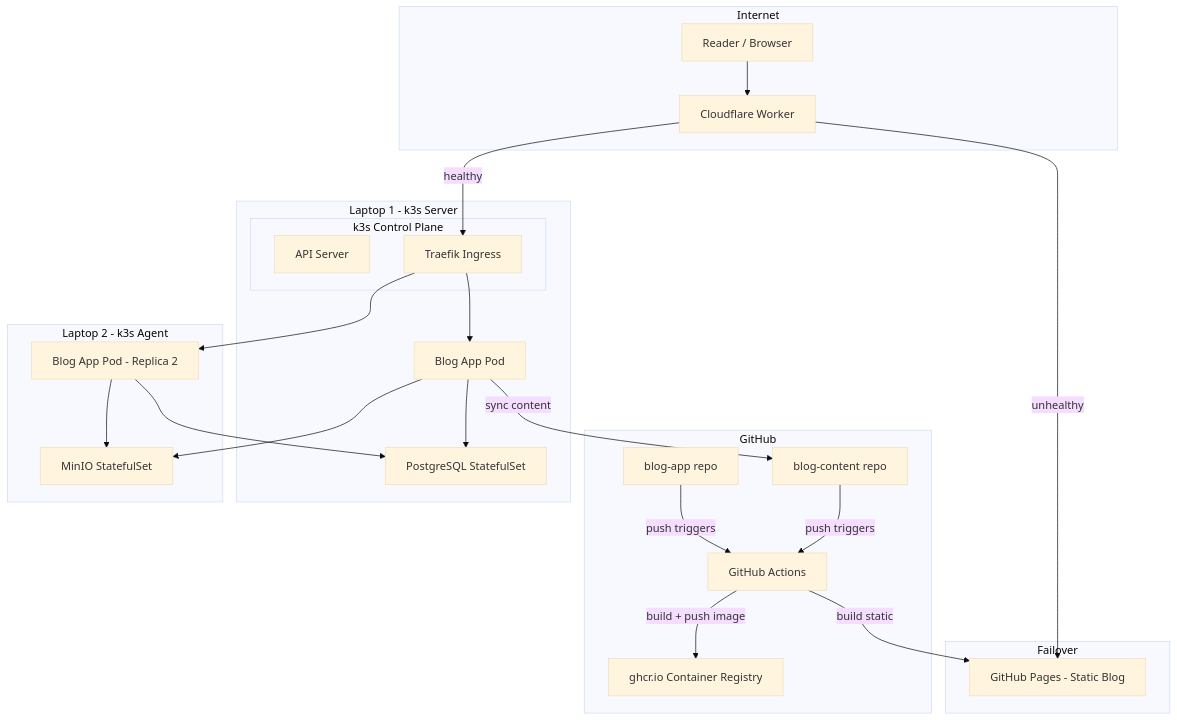
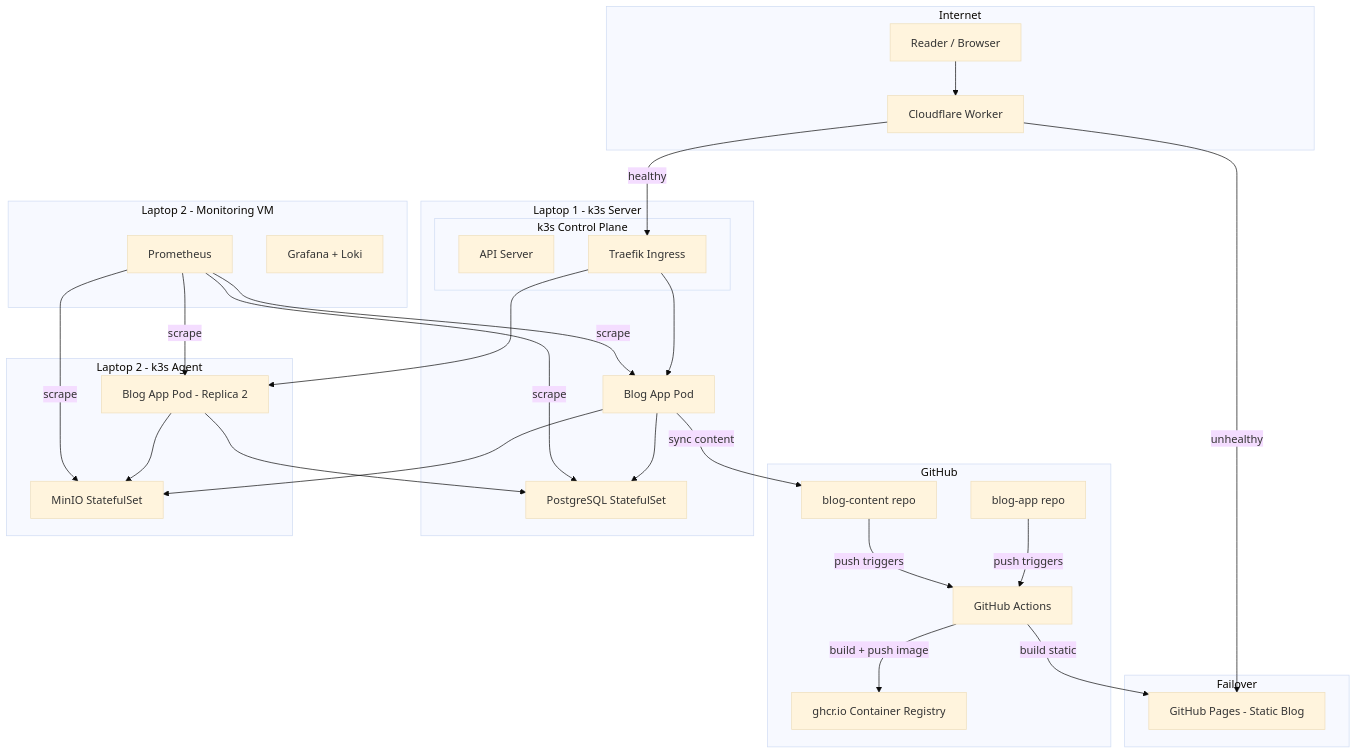
The diagram in README.md (hybridx/blog), drawn with Mermaid (base theme) before and after one commit. The commit also changed other lines of this file and 4 other files, not shown here.

First line of the commit message:
Add Prometheus/Grafana monitoring, fix RAM budget to 8GB

````diff
--- a/README.md
+++ b/README.md
@@ -38,47 +42,56 @@
 ```mermaid
 graph TD
     subgraph internet [Internet]
         Reader[Reader / Browser]
         CF[Cloudflare Worker]
     end
 
     subgraph fallback [Failover]
         GHPages[GitHub Pages - Static Blog]
     end
 
     subgraph github [GitHub]
         ContentRepo[blog-content repo]
         AppRepo[blog-app repo]
         GHActions[GitHub Actions]
         GHCR[ghcr.io Container Registry]
     end
 
     subgraph laptop1 [Laptop 1 - k3s Server]
         subgraph k3sCP [k3s Control Plane]
             API[API Server]
             Traefik[Traefik Ingress]
         end
         BlogPod1[Blog App Pod]
         PG[PostgreSQL StatefulSet]
     end
 
     subgraph laptop2 [Laptop 2 - k3s Agent]
         BlogPod2[Blog App Pod - Replica 2]
         MinIO[MinIO StatefulSet]
     end
 
+    subgraph monVM [Laptop 2 - Monitoring VM]
+        Prometheus[Prometheus]
+        Grafana[Grafana + Loki]
+    end
+
     Reader --> CF
     CF -->|healthy| Traefik
     CF -->|unhealthy| GHPages
     Traefik --> BlogPod1
     Traefik --> BlogPod2
     BlogPod1 --> PG
     BlogPod2 --> PG
     BlogPod1 --> MinIO
     BlogPod2 --> MinIO
     BlogPod1 -->|sync content| ContentRepo
     AppRepo -->|push triggers| GHActions
     ContentRepo -->|push triggers| GHActions
     GHActions -->|build + push image| GHCR
     GHActions -->|build static| GHPages
+    Prometheus -->|scrape| BlogPod1
+    Prometheus -->|scrape| BlogPod2
+    Prometheus -->|scrape| PG
+    Prometheus -->|scrape| MinIO
 ```
````
